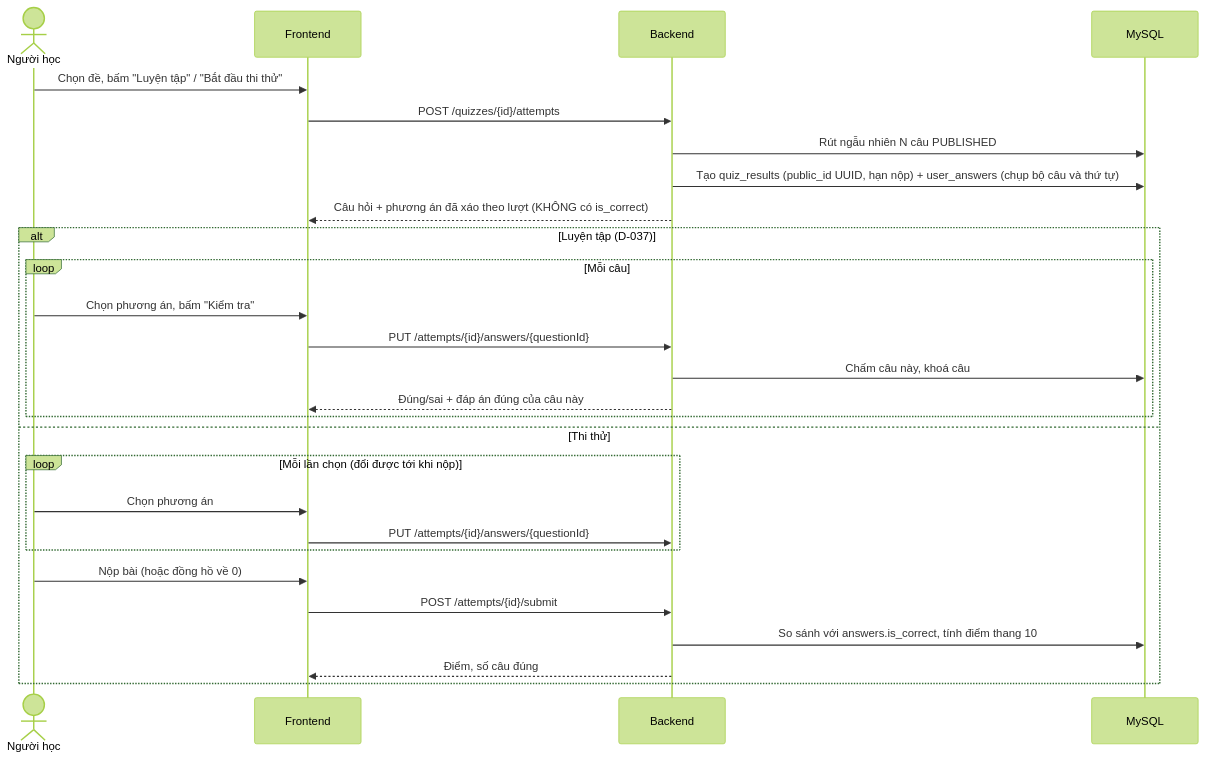
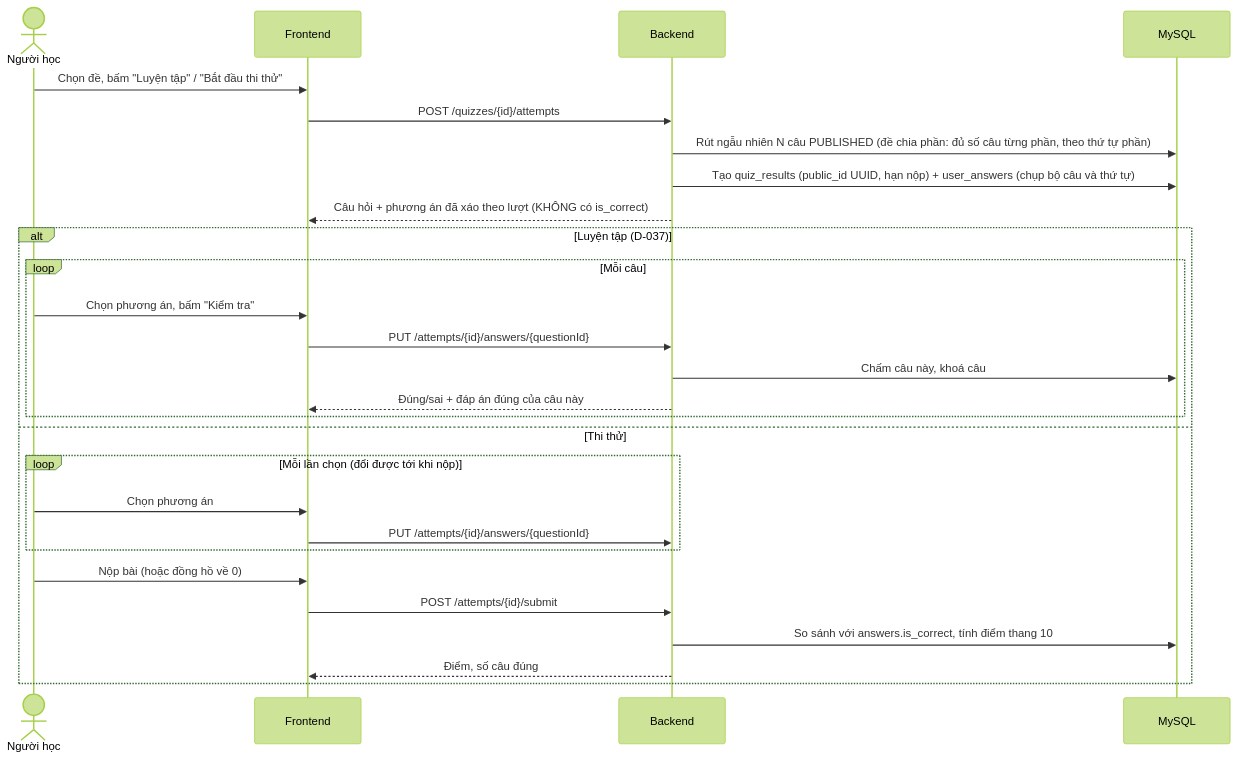
One commit to PhamThanhTuanDev/quiz-study changed the second of 2 diagrams in docs/architecture.md. Above: the diagram before and after it, drawn with Mermaid (forest theme). The commit also changed other lines of this file and 12 other files, not shown here.

````diff
--- a/docs/architecture.md
+++ b/docs/architecture.md
@@ -172,29 +183,29 @@
 ```mermaid
 sequenceDiagram
     actor U as Người học
     participant FE as Frontend
     participant BE as Backend
     participant DB as MySQL
     U->>FE: Chọn đề, bấm "Luyện tập" / "Bắt đầu thi thử"
     FE->>BE: POST /quizzes/{id}/attempts
-    BE->>DB: Rút ngẫu nhiên N câu PUBLISHED
+    BE->>DB: Rút ngẫu nhiên N câu PUBLISHED (đề chia phần: đủ số câu từng phần, theo thứ tự phần)
     BE->>DB: Tạo quiz_results (public_id UUID, hạn nộp) + user_answers (chụp bộ câu và thứ tự)
     BE-->>FE: Câu hỏi + phương án đã xáo theo lượt (KHÔNG có is_correct)
     alt Luyện tập (D-037)
         loop Mỗi câu
             U->>FE: Chọn phương án, bấm "Kiểm tra"
             FE->>BE: PUT /attempts/{id}/answers/{questionId}
             BE->>DB: Chấm câu này, khoá câu
             BE-->>FE: Đúng/sai + đáp án đúng của câu này
         end
     else Thi thử
         loop Mỗi lần chọn (đổi được tới khi nộp)
             U->>FE: Chọn phương án
             FE->>BE: PUT /attempts/{id}/answers/{questionId}
         end
         U->>FE: Nộp bài (hoặc đồng hồ về 0)
         FE->>BE: POST /attempts/{id}/submit
         BE->>DB: So sánh với answers.is_correct, tính điểm thang 10
         BE-->>FE: Điểm, số câu đúng
     end
 ```
````
